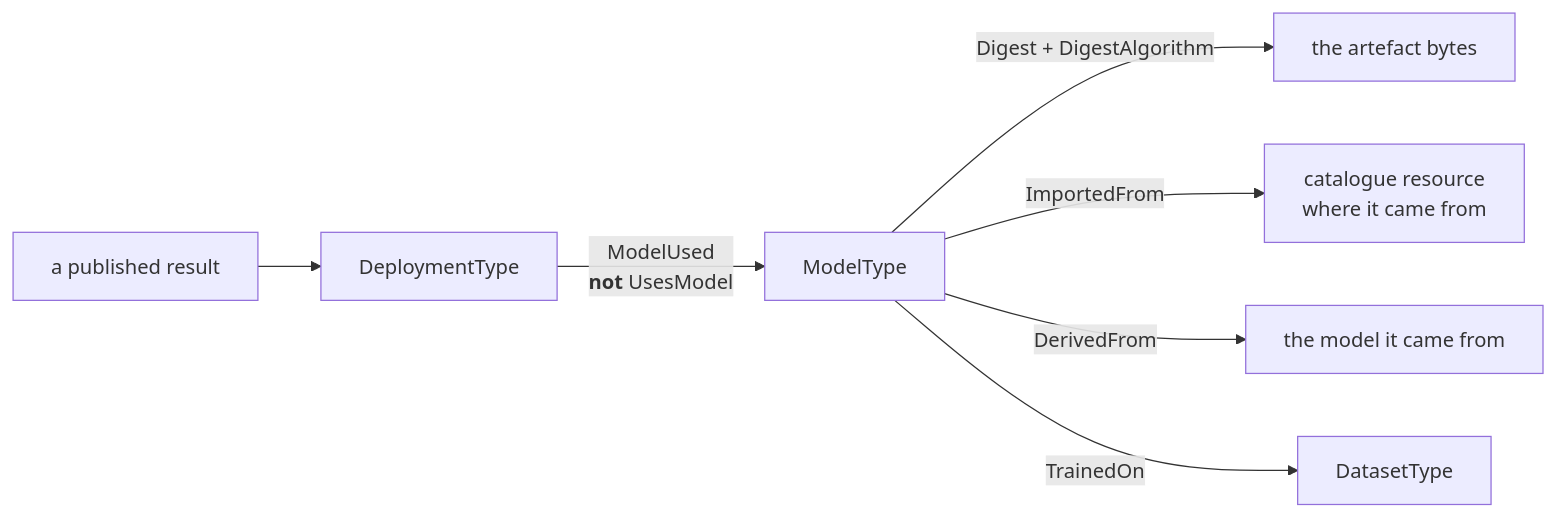
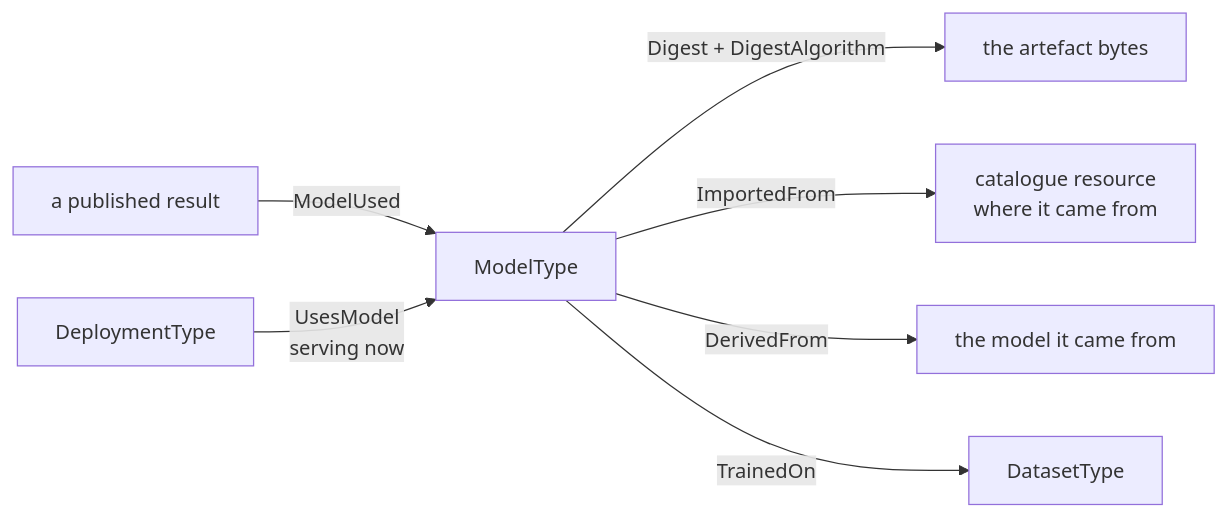
One commit to marcschier/opcua-drafts changed diagram 19 of 19 in metaverse-specs/ai-model-management/OPC-UA-AI-Model-Management.md. Above: the diagram before and after it, drawn with Mermaid. The commit also changed other lines of this file and 39 other files, not shown here.

````diff
--- a/metaverse-specs/ai-model-management/OPC-UA-AI-Model-Management.md
+++ b/metaverse-specs/ai-model-management/OPC-UA-AI-Model-Management.md
@@ -1182,9 +1217,9 @@
 ```mermaid
 flowchart LR
-    R["a published result"] --> D["DeploymentType"]
-    D -->|"ModelUsed<br/><b>not</b> UsesModel"| M["ModelType"]
+    R["a published result"] -->|"ModelUsed"| M["ModelType"]
+    D["DeploymentType"] -->|"UsesModel<br/>serving now"| M
     M -->|Digest + DigestAlgorithm| A["the artefact bytes"]
     M -->|ImportedFrom| CR["catalogue resource<br/>where it came from"]
     M -->|DerivedFrom| B["the model it came from"]
     M -->|TrainedOn| DS["DatasetType"]
 ```
````
